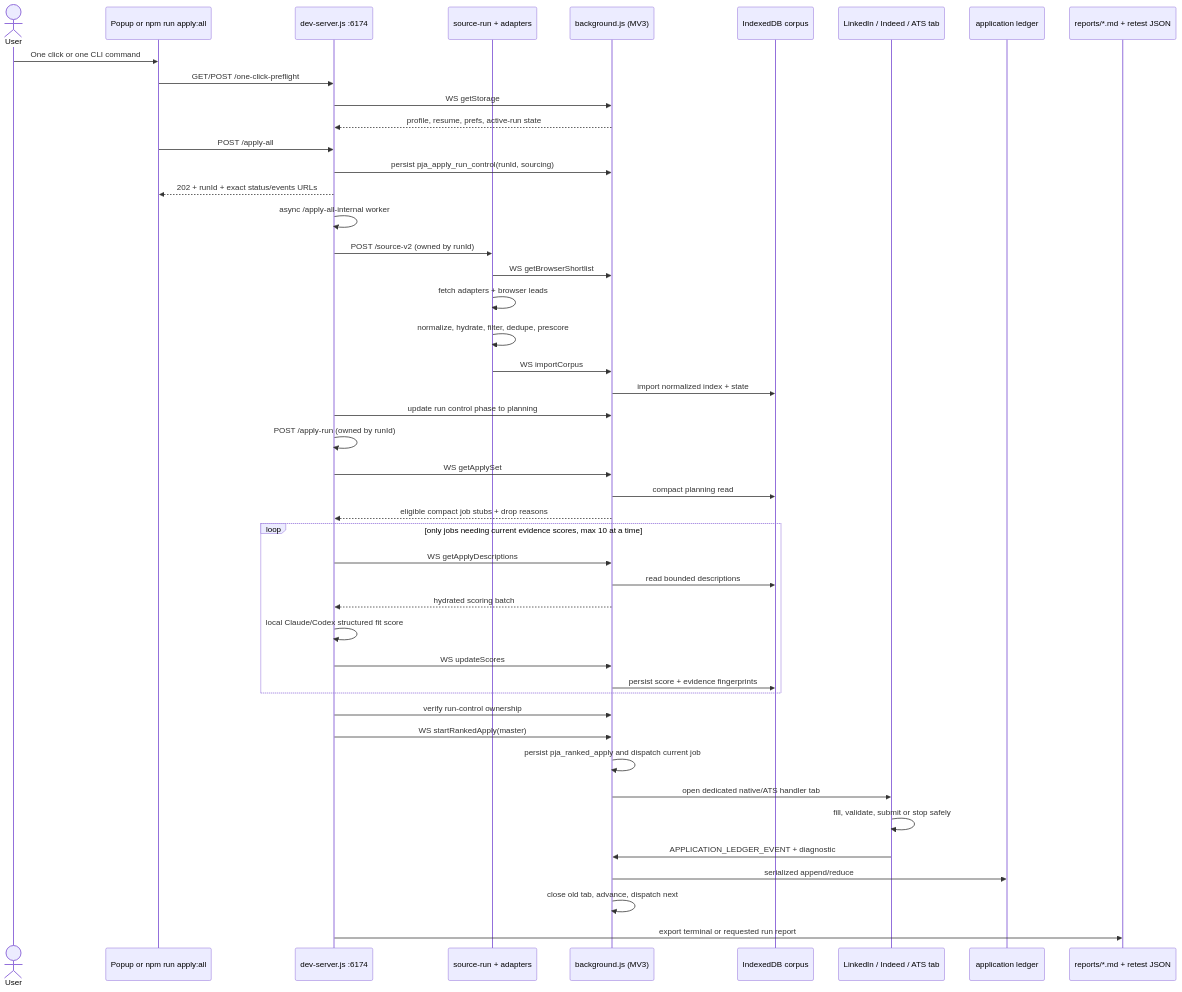
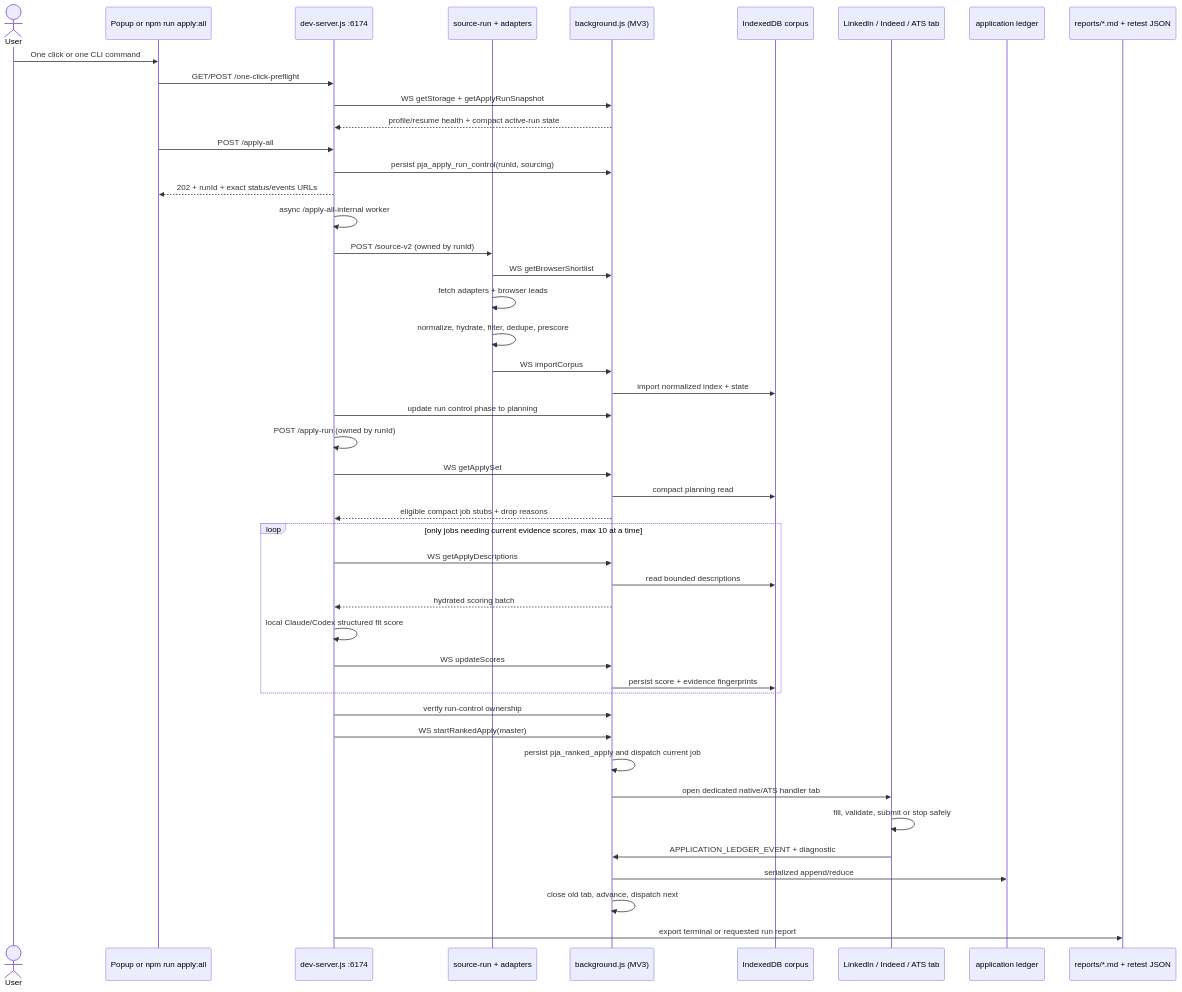
One commit to Dhrumit8596/job_hunting changed the first of 3 diagrams in ARCHITECTURE.md. Above: the diagram before and after it, drawn with Mermaid. The commit also changed other lines of this file and 12 other files, not shown here.

````diff
--- a/ARCHITECTURE.md
+++ b/ARCHITECTURE.md
@@ -25,49 +25,49 @@
 ```mermaid
 sequenceDiagram
     actor User
     participant Entry as Popup or npm run apply:all
     participant Server as dev-server.js :6174
     participant Source as source-run + adapters
     participant SW as background.js (MV3)
     participant DB as IndexedDB corpus
     participant Tab as LinkedIn / Indeed / ATS tab
     participant Ledger as application ledger
     participant Report as reports/*.md + retest JSON
 
     User->>Entry: One click or one CLI command
     Entry->>Server: GET/POST /one-click-preflight
-    Server->>SW: WS getStorage
-    SW-->>Server: profile, resume, prefs, active-run state
+    Server->>SW: WS getStorage + getApplyRunSnapshot
+    SW-->>Server: profile/resume health + compact active-run state
     Entry->>Server: POST /apply-all
     Server->>SW: persist pja_apply_run_control(runId, sourcing)
     Server-->>Entry: 202 + runId + exact status/events URLs
     Server->>Server: async /apply-all-internal worker
     Server->>Source: POST /source-v2 (owned by runId)
     Source->>SW: WS getBrowserShortlist
     Source->>Source: fetch adapters + browser leads
     Source->>Source: normalize, hydrate, filter, dedupe, prescore
     Source->>SW: WS importCorpus
     SW->>DB: import normalized index + state
     Server->>SW: update run control phase to planning
     Server->>Server: POST /apply-run (owned by runId)
     Server->>SW: WS getApplySet
     SW->>DB: compact planning read
     SW-->>Server: eligible compact job stubs + drop reasons
     loop only jobs needing current evidence scores, max 10 at a time
         Server->>SW: WS getApplyDescriptions
         SW->>DB: read bounded descriptions
         SW-->>Server: hydrated scoring batch
         Server->>Server: local Claude/Codex structured fit score
         Server->>SW: WS updateScores
         SW->>DB: persist score + evidence fingerprints
     end
     Server->>SW: verify run-control ownership
     Server->>SW: WS startRankedApply(master)
     SW->>SW: persist pja_ranked_apply and dispatch current job
     SW->>Tab: open dedicated native/ATS handler tab
     Tab->>Tab: fill, validate, submit or stop safely
     Tab->>SW: APPLICATION_LEDGER_EVENT + diagnostic
     SW->>Ledger: serialized append/reduce
     SW->>SW: close old tab, advance, dispatch next
     Server->>Report: export terminal or requested run report
 ```
````
